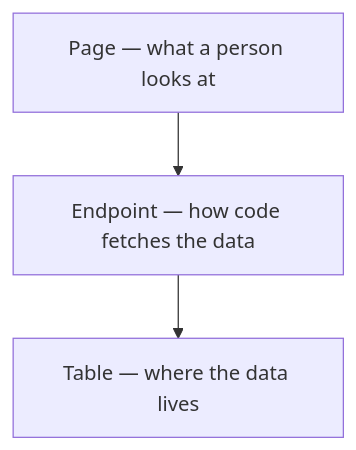
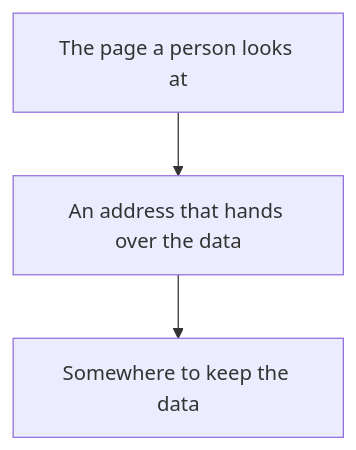
The diagram in onboarding/steps/10-decomposition.md (patdel0/zizzu-store), drawn with Mermaid before and after one commit. The commit also changed other lines of this file and 2 other files, not shown here.

````diff
--- a/onboarding/steps/10-decomposition.md
+++ b/onboarding/steps/10-decomposition.md
@@ -40,5 +66,5 @@
 ```mermaid
 flowchart TD
-    P[Page — what a person looks at] --> A[Endpoint — how code fetches the data]
-    A --> M[Table — where the data lives]
+    P[The page a person looks at] --> A[An address that hands over the data]
+    A --> T[Somewhere to keep the data]
 ```
````
